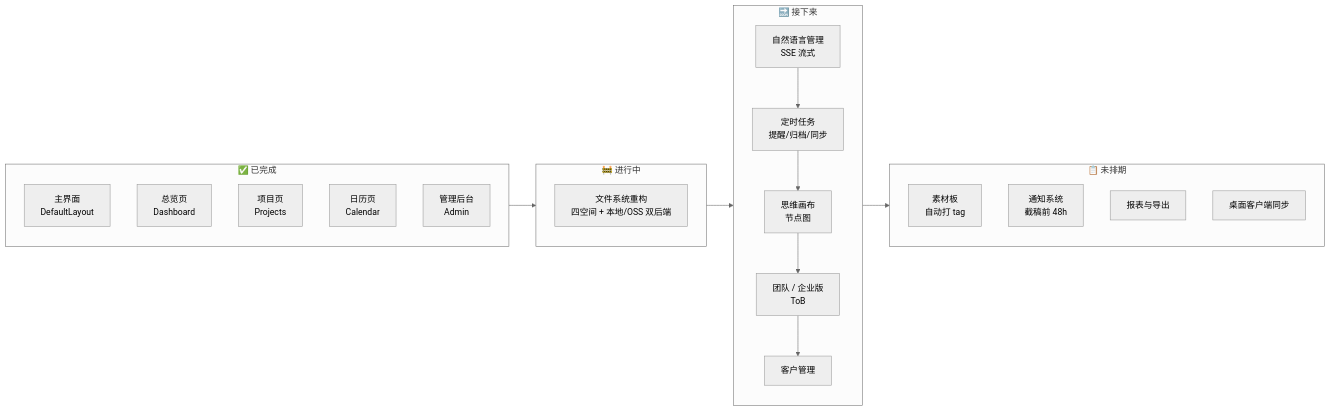
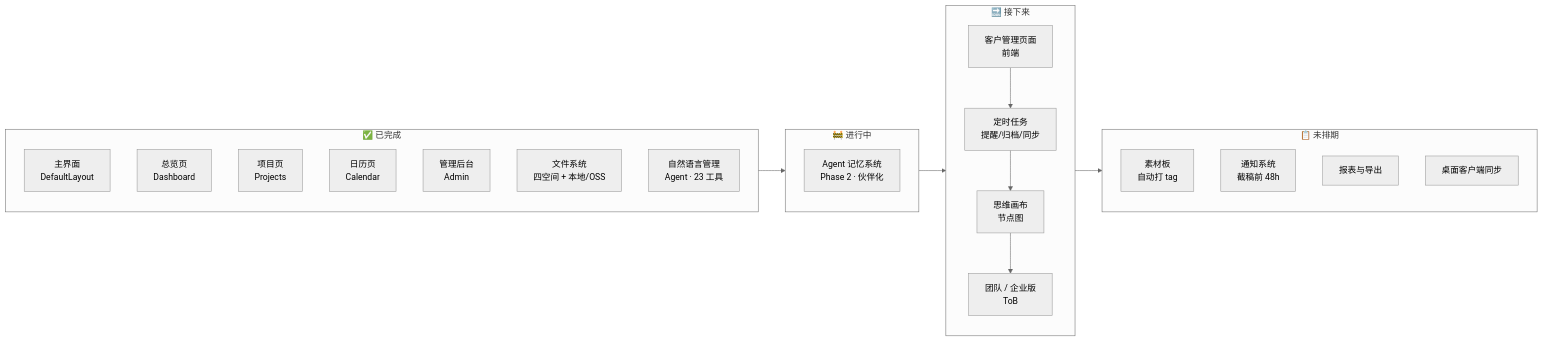
One commit to Coffeiz/Gugu-web changed the diagram in ROADMAP.md. Above: the diagram before and after it, drawn with Mermaid (neutral theme). The commit also changed other lines of this file and 42 other files, not shown here.

````diff
--- a/ROADMAP.md
+++ b/ROADMAP.md
@@ -11,39 +11,40 @@
 ```mermaid
 flowchart LR
     %% ── 已完成 ──
     subgraph done["✅ 已完成"]
         A1["主界面<br/>DefaultLayout"]
         A2["总览页<br/>Dashboard"]
         A3["项目页<br/>Projects"]
         A4["日历页<br/>Calendar"]
         A5["管理后台<br/>Admin"]
+        A6["文件系统<br/>四空间 + 本地/OSS"]
+        A7["自然语言管理<br/>Agent · 23 工具"]
     end
 
     %% ── 进行中 ──
     subgraph doing["🚧 进行中"]
-        B1["文件系统重构<br/>四空间 + 本地/OSS 双后端"]
+        B1["Agent 记忆系统<br/>Phase 2 · 伙伴化"]
     end
 
     %% ── 接下来 ──
     subgraph next["🔜 接下来"]
-        C1["自然语言管理<br/>SSE 流式"]
+        C1["客户管理页面<br/>前端"]
         C2["定时任务<br/>提醒/归档/同步"]
         C3["思维画布<br/>节点图"]
         C4["团队 / 企业版<br/>ToB"]
-        C5["客户管理"]
     end
 
     %% ── 未排期 ──
     subgraph later["📋 未排期"]
         D1["素材板<br/>自动打 tag"]
         D2["通知系统<br/>截稿前 48h"]
         D3["报表与导出"]
         D4["桌面客户端同步"]
     end
 
     %% ── 阶段流向 ──
     done --> doing --> next --> later
 
     %% ── 接下来内部顺序 ──
-    C1 --> C2 --> C3 --> C4 --> C5
+    C1 --> C2 --> C3 --> C4
 ```
````
